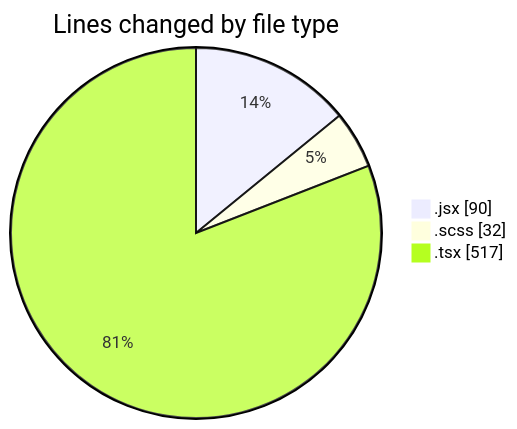
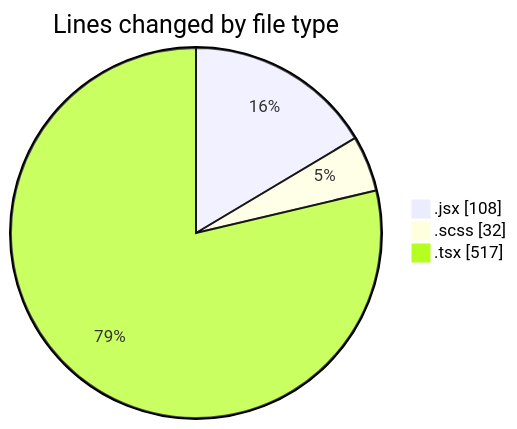
Before and after one commit to momahboobian/code-tracking: the first of 2 diagrams in 2025-06-06/cda/README.md, drawn with Mermaid. The commit also changed other lines of this file and 1 other file, not shown here.

````diff
--- a/2025-06-06/cda/README.md
+++ b/2025-06-06/cda/README.md
@@ -24,7 +24,7 @@
 ```mermaid
 pie showData
 title Lines changed by file type
-".jsx" : 90
+".jsx" : 108
 ".scss" : 32
 ".tsx" : 517
 ```
````
